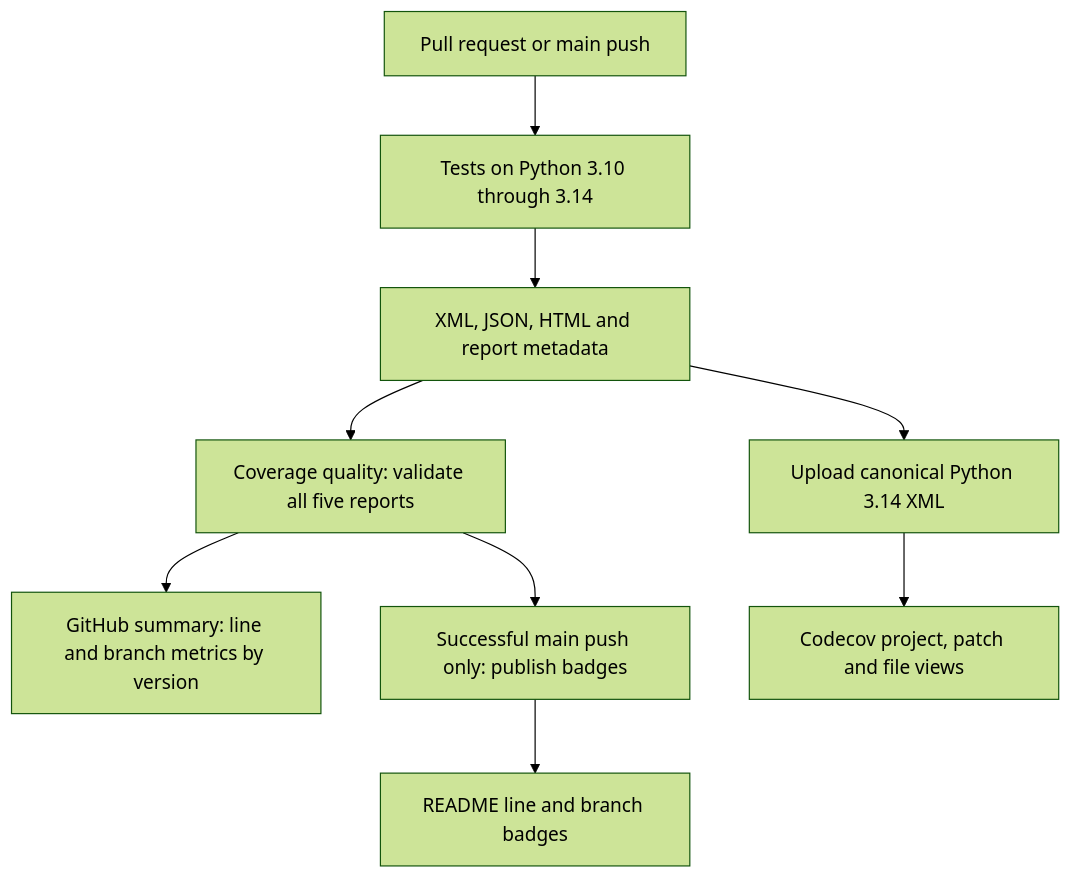
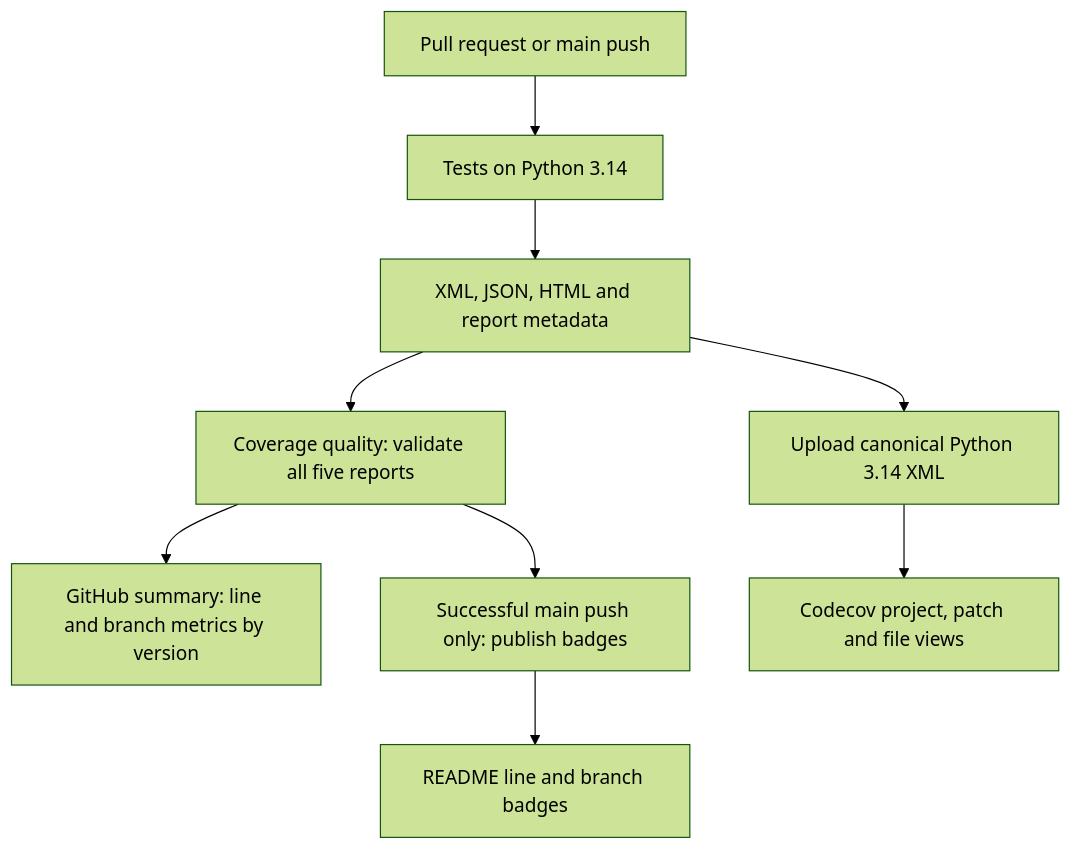
The diagram in docs/coverage-design.md (jyje/pifanctl), drawn with Mermaid (forest theme) before and after one commit. The commit also changed other lines of this file and 18 other files, not shown here.

````diff
--- a/docs/coverage-design.md
+++ b/docs/coverage-design.md
@@ -24,11 +24,11 @@
 ```mermaid
 flowchart TD
-    PR[Pull request or main push] --> Matrix[Tests on Python 3.10 through 3.14]
+    PR[Pull request or main push] --> Matrix[Tests on Python 3.14]
     Matrix --> Reports[XML, JSON, HTML and report metadata]
     Reports --> Gate[Coverage quality: validate all five reports]
     Gate --> Summary[GitHub summary: line and branch metrics by version]
     Reports --> Upload[Upload canonical Python 3.14 XML]
     Upload --> Codecov[Codecov project, patch and file views]
     Gate --> Publish[Successful main push only: publish badges]
     Publish --> README[README line and branch badges]
 ```
````
